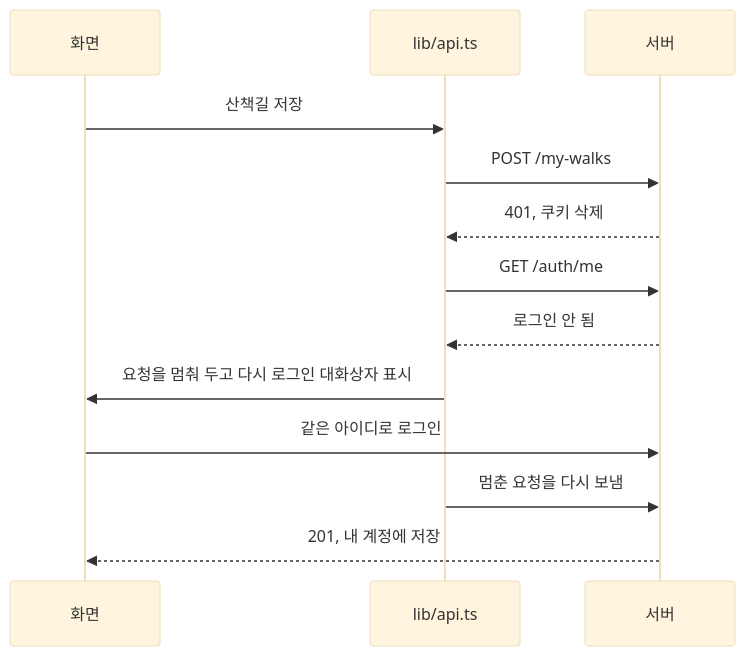
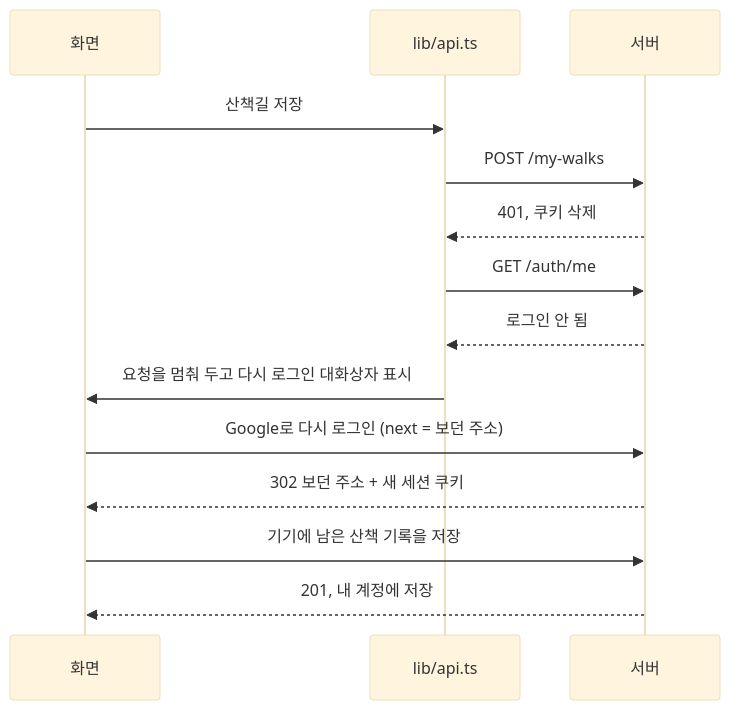
One commit to Kim-pitang/pawpath changed the fourth of 6 diagrams in docs/ARCHITECTURE.md. Above: the diagram before and after it, drawn with Mermaid (base theme). The commit also changed other lines of this file and 35 other files, not shown here.

````diff
--- a/docs/ARCHITECTURE.md
+++ b/docs/ARCHITECTURE.md
@@ -218,15 +218,16 @@
 ```mermaid
 sequenceDiagram
     participant P as 화면
     participant A as lib/api.ts
     participant S as 서버
     P->>A: 산책길 저장
     A->>S: POST /my-walks
     S-->>A: 401, 쿠키 삭제
     A->>S: GET /auth/me
     S-->>A: 로그인 안 됨
     A->>P: 요청을 멈춰 두고 다시 로그인 대화상자 표시
-    P->>S: 같은 아이디로 로그인
-    A->>S: 멈춘 요청을 다시 보냄
+    P->>S: Google로 다시 로그인 (next = 보던 주소)
+    S-->>P: 302 보던 주소 + 새 세션 쿠키
+    P->>S: 기기에 남은 산책 기록을 저장
     S-->>P: 201, 내 계정에 저장
 ```
````
